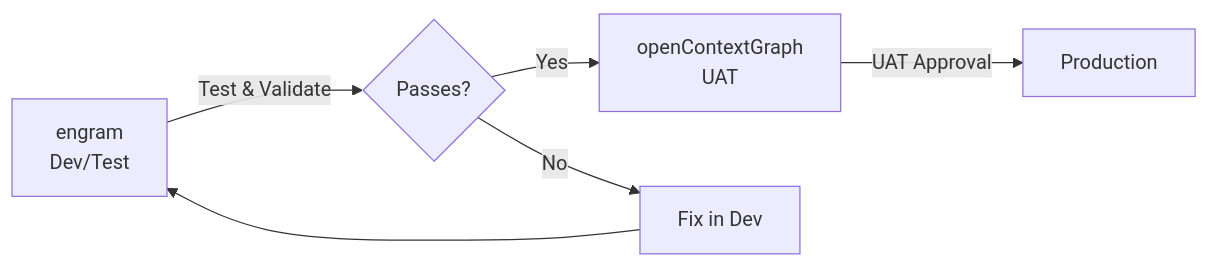
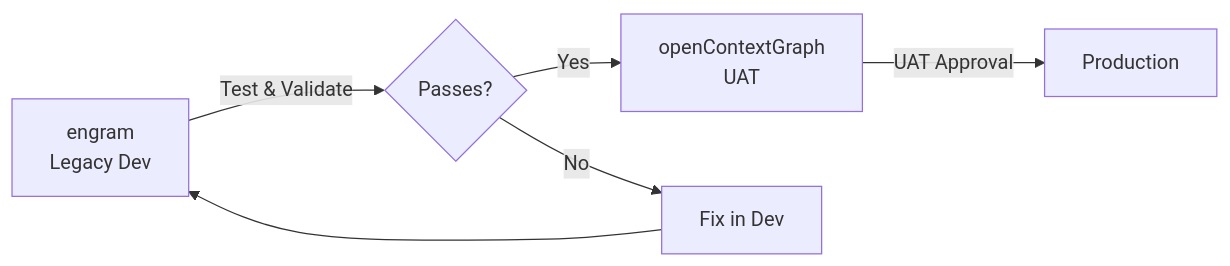
Before and after one commit to derekbmoore/openContextGraph: the diagram in docs/security/code-review-policy.md, drawn with Mermaid. The commit also changed other lines of this file and 6 other files, not shown here.

Commit message:
chore(rebrand): update project name to OpenContextGraph and cleanup legacy engram refs

````diff
--- a/docs/security/code-review-policy.md
+++ b/docs/security/code-review-policy.md
@@ -241,8 +241,8 @@
 ```mermaid
 flowchart LR
-    A[engram<br/>Dev/Test] -->|Test & Validate| B{Passes?}
+    A[engram<br/>Legacy Dev] -->|Test & Validate| B{Passes?}
     B -->|Yes| C[openContextGraph<br/>UAT]
     B -->|No| D[Fix in Dev]
     D --> A
     C -->|UAT Approval| E[Production]
 ```
````
